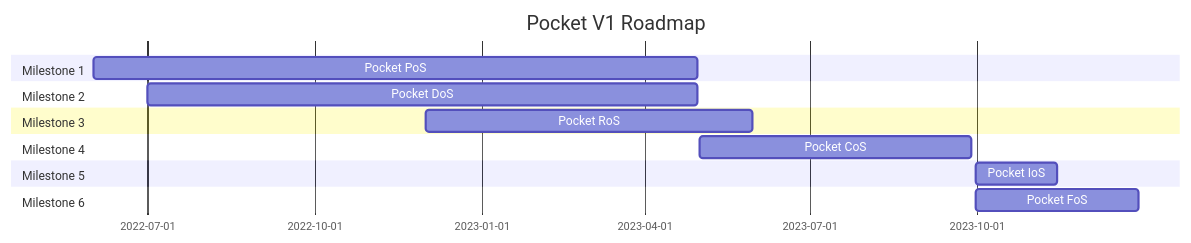
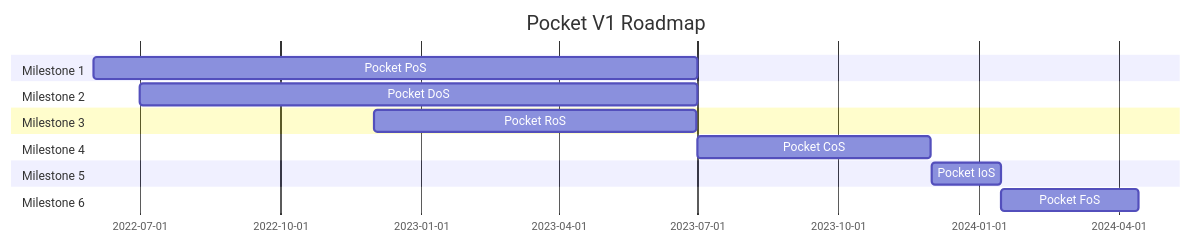
One commit to pokt-network/pocket changed the diagram in docs/roadmap/README.md. Above: the diagram before and after it, drawn with Mermaid.

Commit message:
Updated Roadmap Timelines
Extend timelines for project through April of 2024 to reflect changes in team resource capacity. Opportunities to shorten timeline would have to come from additional contributors or reduction in scope.

````diff
--- a/docs/roadmap/README.md
+++ b/docs/roadmap/README.md
@@ -23,17 +23,17 @@
 ```mermaid
 gantt
     title Pocket V1 Roadmap
     dateFormat  YYYY-MM-DD
     section Milestone 1
-        Pocket PoS       :a1, 2022-06-01, 333d
+        Pocket PoS       :a1, 2022-06-01, 395d
     section Milestone 2
-        Pocket DoS       :a1, 2022-07-01, 303d
+        Pocket DoS       :a1, 2022-07-01, 365d
     section Milestone 3
-        Pocket RoS       :a1, 2022-12-01, 180d
+        Pocket RoS       :a1, 2022-12-01, 211d
     section Milestone 4
-        Pocket CoS       :a1, 2023-05-01, 150d
+        Pocket CoS       :a1, 2023-07-01, 152d
     section Milestone 5
-        Pocket IoS       :a1, 2023-09-30, 45d
+        Pocket IoS       :a1, 2023-12-01, 45d
     section Milestone 6
-        Pocket FoS       :a1, 2023-09-30, 90d
+        Pocket FoS       :a1, 2024-01-15, 90d
 ```
````
